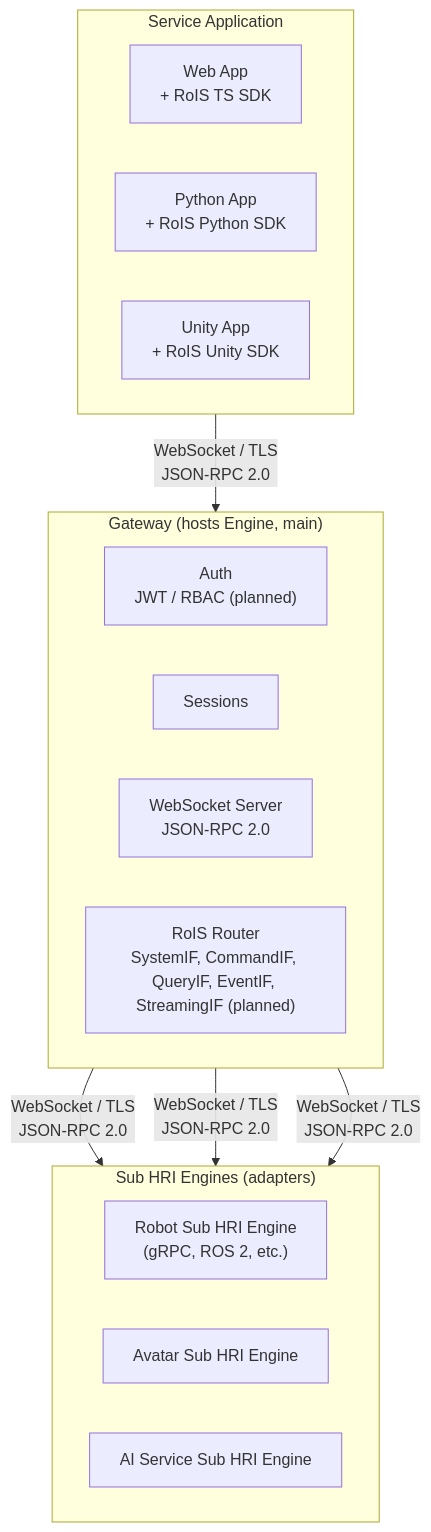
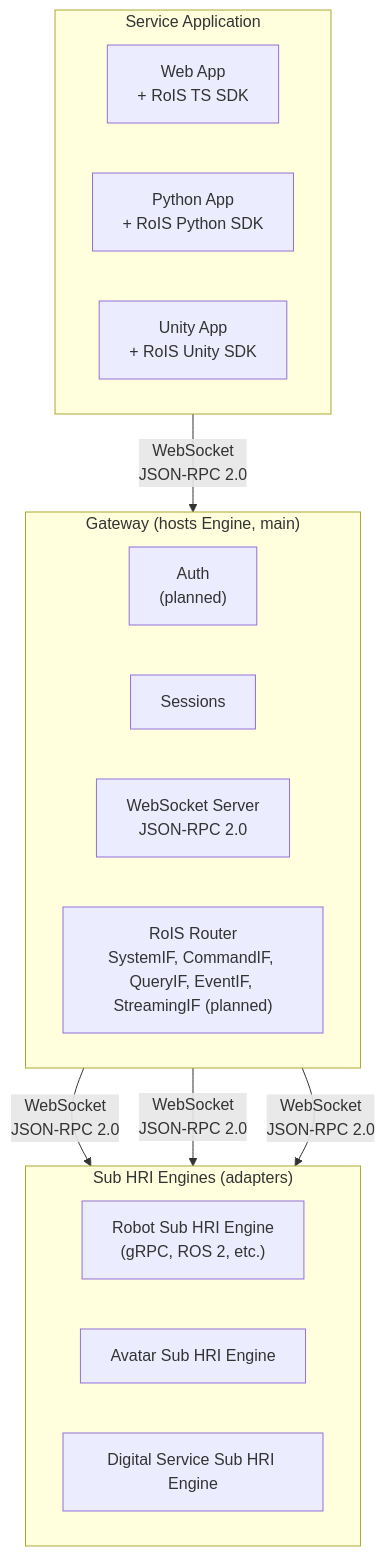
The first of 5 diagrams in docs/architecture.md (openrois/openrois), drawn with Mermaid before and after one commit. The commit also changed other lines of this file and 22 other files, not shown here.

First line of the commit message:
docs: align vocabulary, citation and diagrams with the camera-ready paper

````diff
--- a/docs/architecture.md
+++ b/docs/architecture.md
@@ -186,29 +186,29 @@
 ```mermaid
 flowchart TB
     subgraph L1["Service Application"]
         direction LR
         WebApp["Web App<br/>+ RoIS TS SDK"]
         PythonApp["Python App<br/>+ RoIS Python SDK"]
         UnityApp["Unity App<br/>+ RoIS Unity SDK"]
     end
 
     subgraph L2["Gateway (hosts Engine, main)"]
         direction LR
-        Auth["Auth<br/>JWT / RBAC (planned)"]
+        Auth["Auth<br/>(planned)"]
         Session["Sessions"]
         WSServer["WebSocket Server<br/>JSON-RPC 2.0"]
         Router["RoIS Router<br/>SystemIF, CommandIF, QueryIF, EventIF, StreamingIF (planned)"]
     end
 
     subgraph L3["Sub HRI Engines (adapters)"]
         direction LR
         RobotSubEngine["Robot Sub HRI Engine<br/>(gRPC, ROS 2, etc.)"]
         AvatarSubEngine["Avatar Sub HRI Engine"]
-        ServiceSubEngine["AI Service Sub HRI Engine"]
+        ServiceSubEngine["Digital Service Sub HRI Engine"]
     end
 
-    L1 -->|"WebSocket / TLS<br/>JSON-RPC 2.0"| L2
-    L2 -->|"WebSocket / TLS<br/>JSON-RPC 2.0"| RobotSubEngine
-    L2 -->|"WebSocket / TLS<br/>JSON-RPC 2.0"| AvatarSubEngine
-    L2 -->|"WebSocket / TLS<br/>JSON-RPC 2.0"| ServiceSubEngine
+    L1 -->|"WebSocket<br/>JSON-RPC 2.0"| L2
+    L2 -->|"WebSocket<br/>JSON-RPC 2.0"| RobotSubEngine
+    L2 -->|"WebSocket<br/>JSON-RPC 2.0"| AvatarSubEngine
+    L2 -->|"WebSocket<br/>JSON-RPC 2.0"| ServiceSubEngine
 ```
````
